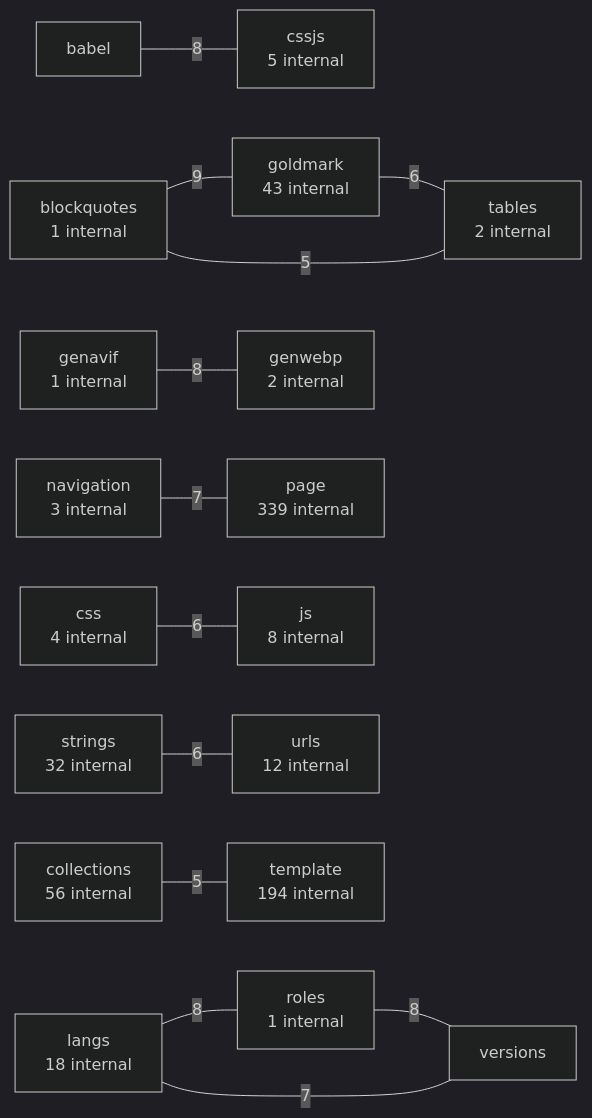
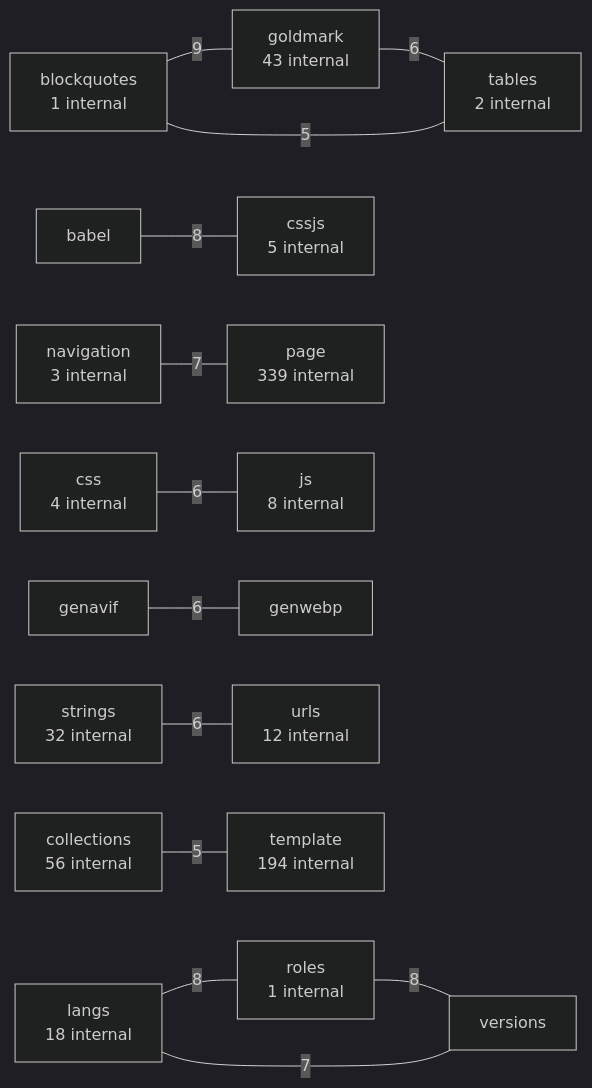
The third of 5 diagrams in examples/hugo.md (LukasSelin/doppel), drawn with Mermaid (dark theme) before and after one commit. The commit also changed other lines of this file and 17 other files, not shown here.

````diff
--- a/examples/hugo.md
+++ b/examples/hugo.md
@@ -723,33 +723,33 @@
 ```mermaid
 flowchart LR
     p0["blockquotes<br/>1 internal"]
     p1["goldmark<br/>43 internal"]
     p0 ---|"9"| p1
     p2["babel"]
     p3["cssjs<br/>5 internal"]
     p2 ---|"8"| p3
-    p4["genavif<br/>1 internal"]
-    p5["genwebp<br/>2 internal"]
+    p4["langs<br/>18 internal"]
+    p5["roles<br/>1 internal"]
     p4 ---|"8"| p5
-    p6["langs<br/>18 internal"]
-    p7["roles<br/>1 internal"]
-    p6 ---|"8"| p7
-    p8["versions"]
-    p7 ---|"8"| p8
-    p6 ---|"7"| p8
-    p9["navigation<br/>3 internal"]
-    p10["page<br/>339 internal"]
-    p9 ---|"7"| p10
-    p11["css<br/>4 internal"]
-    p12["js<br/>8 internal"]
+    p6["versions"]
+    p5 ---|"8"| p6
+    p4 ---|"7"| p6
+    p7["navigation<br/>3 internal"]
+    p8["page<br/>339 internal"]
+    p7 ---|"7"| p8
+    p9["css<br/>4 internal"]
+    p10["js<br/>8 internal"]
+    p9 ---|"6"| p10
+    p11["genavif"]
+    p12["genwebp"]
     p11 ---|"6"| p12
     p13["tables<br/>2 internal"]
     p1 ---|"6"| p13
     p14["strings<br/>32 internal"]
     p15["urls<br/>12 internal"]
     p14 ---|"6"| p15
     p0 ---|"5"| p13
     p16["collections<br/>56 internal"]
     p17["template<br/>194 internal"]
     p16 ---|"5"| p17
 ```
````
